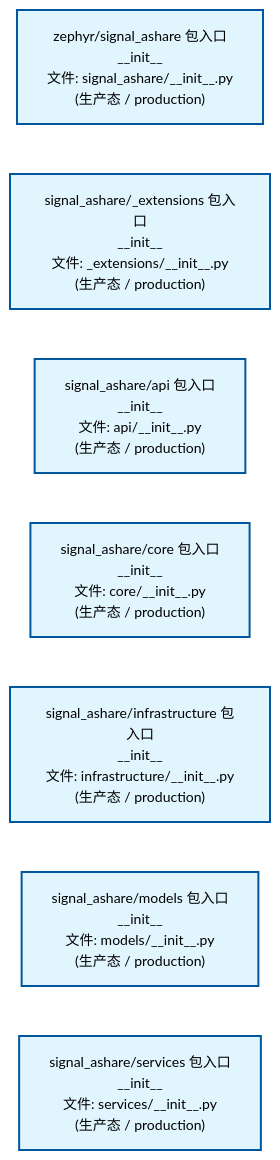
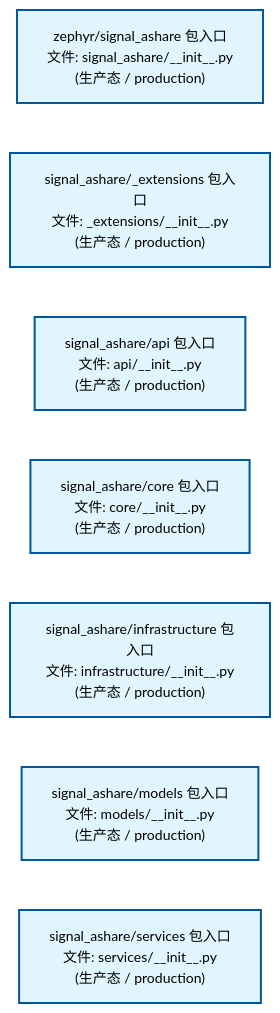
The second of 4 diagrams in docs/02_enterprise_architecture/02_domain_architecture_docs/32_d_ashare_signal.md (xuanFelixVan/ZephyrAlpha), drawn with Mermaid before and after one commit. The commit also changed other lines of this file and 58 other files, not shown here.

````diff
--- a/docs/02_enterprise_architecture/02_domain_architecture_docs/32_d_ashare_signal.md
+++ b/docs/02_enterprise_architecture/02_domain_architecture_docs/32_d_ashare_signal.md
@@ -107,22 +107,22 @@
 ```mermaid
 %%{init: {'theme': 'base', 'themeVariables': {'primaryColor': '#eaeaea', 'primaryTextColor': '#333333', 'primaryBorderColor': '#666666', 'lineColor': '#666666', 'secondaryColor': '#eaeaea', 'tertiaryColor': '#eaeaea', 'fontSize': '14px'}}}%%
 flowchart TD
-    src_zephyr_signal_ashare_init_py["zephyr/signal_ashare 包入口<br/>__init__<br/>文件: signal_ashare/__init__.py<br/>(生产态 / production)"]
-    src_zephyr_signal_ashare_extensions_init_py["signal_ashare/_extensions 包入口<br/>__init__<br/>文件: _extensions/__init__.py<br/>(生产态 / production)"]
-    src_zephyr_signal_ashare_api_init_py["signal_ashare/api 包入口<br/>__init__<br/>文件: api/__init__.py<br/>(生产态 / production)"]
-    src_zephyr_signal_ashare_core_init_py["signal_ashare/core 包入口<br/>__init__<br/>文件: core/__init__.py<br/>(生产态 / production)"]
-    src_zephyr_signal_ashare_infrastructure_init_py["signal_ashare/infrastructure 包入口<br/>__init__<br/>文件: infrastructure/__init__.py<br/>(生产态 / production)"]
-    src_zephyr_signal_ashare_models_init_py["signal_ashare/models 包入口<br/>__init__<br/>文件: models/__init__.py<br/>(生产态 / production)"]
-    src_zephyr_signal_ashare_services_init_py["signal_ashare/services 包入口<br/>__init__<br/>文件: services/__init__.py<br/>(生产态 / production)"]
+    src_zephyr_signal_ashare_init_py["zephyr/signal_ashare 包入口<br/>文件: signal_ashare/__init__.py<br/>(生产态 / production)"]
+    src_zephyr_signal_ashare_extensions_init_py["signal_ashare/_extensions 包入口<br/>文件: _extensions/__init__.py<br/>(生产态 / production)"]
+    src_zephyr_signal_ashare_api_init_py["signal_ashare/api 包入口<br/>文件: api/__init__.py<br/>(生产态 / production)"]
+    src_zephyr_signal_ashare_core_init_py["signal_ashare/core 包入口<br/>文件: core/__init__.py<br/>(生产态 / production)"]
+    src_zephyr_signal_ashare_infrastructure_init_py["signal_ashare/infrastructure 包入口<br/>文件: infrastructure/__init__.py<br/>(生产态 / production)"]
+    src_zephyr_signal_ashare_models_init_py["signal_ashare/models 包入口<br/>文件: models/__init__.py<br/>(生产态 / production)"]
+    src_zephyr_signal_ashare_services_init_py["signal_ashare/services 包入口<br/>文件: services/__init__.py<br/>(生产态 / production)"]
     src_zephyr_signal_ashare_init_py ~~~ src_zephyr_signal_ashare_extensions_init_py
     src_zephyr_signal_ashare_extensions_init_py ~~~ src_zephyr_signal_ashare_api_init_py
     src_zephyr_signal_ashare_api_init_py ~~~ src_zephyr_signal_ashare_core_init_py
     src_zephyr_signal_ashare_core_init_py ~~~ src_zephyr_signal_ashare_infrastructure_init_py
     src_zephyr_signal_ashare_infrastructure_init_py ~~~ src_zephyr_signal_ashare_models_init_py
     src_zephyr_signal_ashare_models_init_py ~~~ src_zephyr_signal_ashare_services_init_py
     classDef production fill:#e1f5fe,stroke:#01579b,stroke-width:2px,color:#000
     classDef design fill:#fff3e0,stroke:#e65100,stroke-width:2px,color:#000,stroke-dasharray: 5 5
     classDef external_prod fill:#e8f4fd,stroke:#0277bd,stroke-width:1px,color:#000
     classDef external_design fill:#fff8e7,stroke:#ef6c00,stroke-width:1px,color:#000,stroke-dasharray: 5 5
     class src_zephyr_signal_ashare_init_py,src_zephyr_signal_ashare_extensions_init_py,src_zephyr_signal_ashare_api_init_py,src_zephyr_signal_ashare_core_init_py,src_zephyr_signal_ashare_infrastructure_init_py,src_zephyr_signal_ashare_models_init_py,src_zephyr_signal_ashare_services_init_py production
 ```
````
